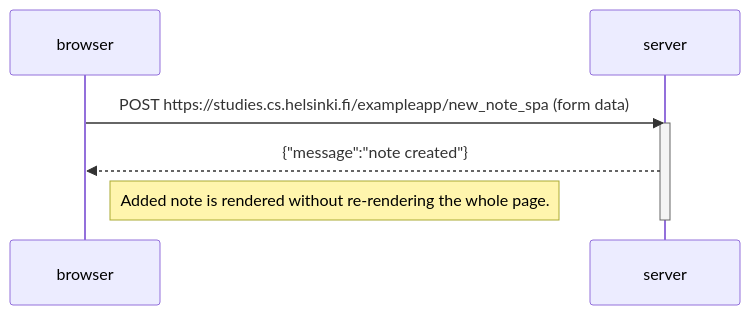
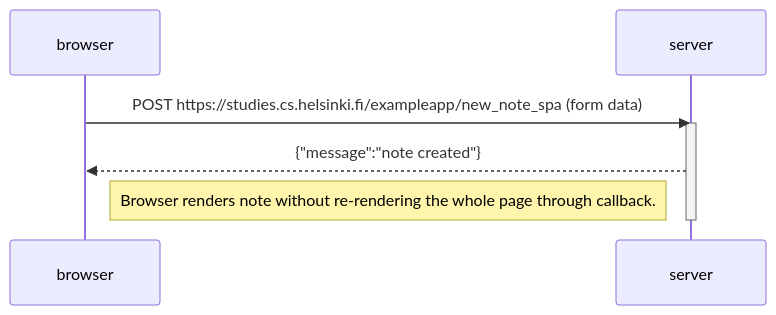
One commit to 66hakeem/FullStackOpen changed the diagram in part0/new_note_in_spa.md. Above: the diagram before and after it, drawn with Mermaid.

Commit message:
Update part0

````diff
--- a/part0/new_note_in_spa.md
+++ b/part0/new_note_in_spa.md
@@ -1,12 +1,12 @@
 ```mermaid
 sequenceDiagram
     participant browser
     participant server
 
     browser->>server: POST https://studies.cs.helsinki.fi/exampleapp/new_note_spa (form data)
     activate server
     server-->>browser: {"message":"note created"}
-    Note right of browser: Added note is rendered without re-rendering the whole page.
+    Note right of browser: Browser renders note without re-rendering the whole page through callback.
 
     deactivate server
 ```
````
